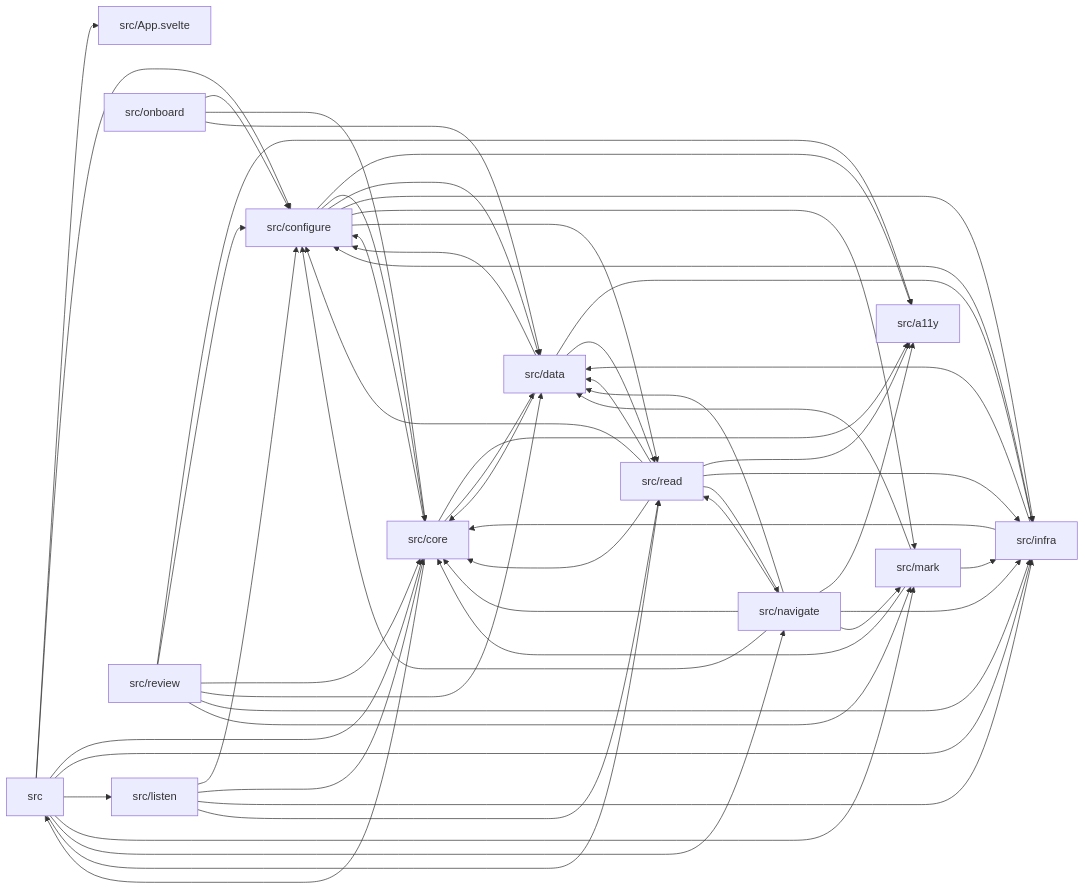
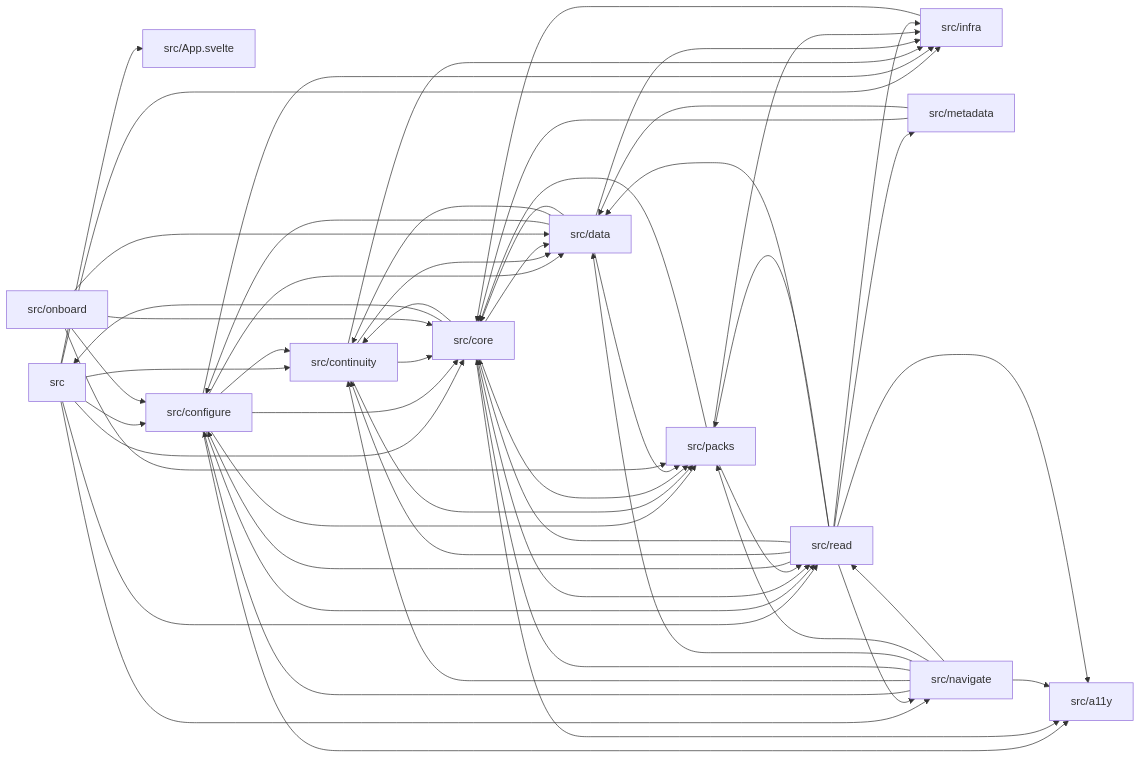
The diagram in docs/context/module-graph.md (Omar-MD/QuranAtlas), drawn with Mermaid before and after one commit. The commit also changed other lines of this file and 215 other files, not shown here.

````diff
--- a/docs/context/module-graph.md
+++ b/docs/context/module-graph.md
@@ -10,70 +10,71 @@
 ```mermaid
 graph LR
   src["src"]
   src_App_svelte["src/App.svelte"]
   src_a11y["src/a11y"]
   src_configure["src/configure"]
+  src_continuity["src/continuity"]
   src_core["src/core"]
   src_data["src/data"]
   src_infra["src/infra"]
-  src_listen["src/listen"]
-  src_mark["src/mark"]
+  src_metadata["src/metadata"]
   src_navigate["src/navigate"]
   src_onboard["src/onboard"]
+  src_packs["src/packs"]
   src_read["src/read"]
-  src_review["src/review"]
   src --> src_App_svelte
   src --> src_configure
+  src --> src_continuity
   src --> src_core
   src --> src_infra
-  src --> src_listen
-  src --> src_mark
   src --> src_navigate
   src --> src_read
   src_configure --> src_a11y
+  src_configure --> src_continuity
   src_configure --> src_core
   src_configure --> src_data
   src_configure --> src_infra
-  src_configure --> src_mark
+  src_configure --> src_packs
   src_configure --> src_read
+  src_continuity --> src_core
+  src_continuity --> src_data
+  src_continuity --> src_infra
+  src_continuity --> src_packs
   src_core --> src
   src_core --> src_a11y
-  src_core --> src_configure
+  src_core --> src_continuity
   src_core --> src_data
+  src_core --> src_packs
+  src_core --> src_read
   src_data --> src_configure
+  src_data --> src_continuity
   src_data --> src_core
   src_data --> src_infra
-  src_data --> src_read
-  src_infra --> src_configure
+  src_data --> src_packs
   src_infra --> src_core
-  src_infra --> src_data
-  src_listen --> src_configure
-  src_listen --> src_core
-  src_listen --> src_infra
-  src_listen --> src_read
-  src_mark --> src_core
-  src_mark --> src_data
-  src_mark --> src_infra
+  src_metadata --> src_core
+  src_metadata --> src_data
   src_navigate --> src_a11y
   src_navigate --> src_configure
+  src_navigate --> src_continuity
   src_navigate --> src_core
   src_navigate --> src_data
-  src_navigate --> src_infra
-  src_navigate --> src_mark
+  src_navigate --> src_packs
   src_navigate --> src_read
   src_onboard --> src_configure
   src_onboard --> src_core
   src_onboard --> src_data
+  src_onboard --> src_packs
+  src_packs --> src_core
+  src_packs --> src_infra
+  src_packs --> src_read
   src_read --> src_a11y
   src_read --> src_configure
+  src_read --> src_continuity
   src_read --> src_core
   src_read --> src_data
   src_read --> src_infra
+  src_read --> src_metadata
   src_read --> src_navigate
-  src_review --> src_a11y
-  src_review --> src_configure
-  src_review --> src_core
-  src_review --> src_data
-  src_review --> src_infra
-  src_review --> src_mark
+  src_read --> src_packs
 ```
````
